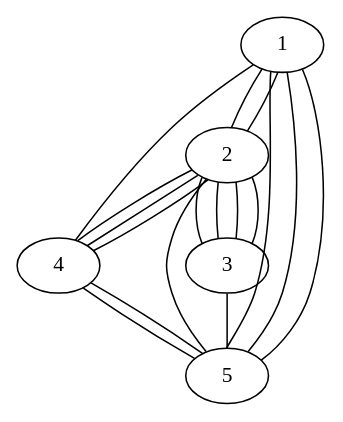
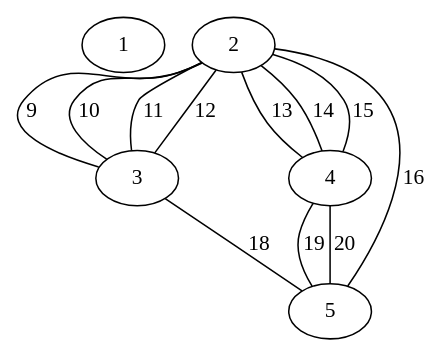
One commit to cawasret13/flita changed the diagram in dz2/res.gv. Above: the diagram before and after it, drawn with Graphviz. The commit also changed 6 other files, not shown here.

```diff
--- a/dz2/res.gv
+++ b/dz2/res.gv
@@ -1,22 +1,27 @@
 graph grath {
-1;
-1 -- 2;
-1 -- 2;
-1 -- 4;
-1 -- 5;
-1 -- 5;
-1 -- 5;
-2;
-2 -- 3;
-2 -- 3;
-2 -- 3;
-2 -- 3;
-2 -- 4;
-2 -- 4;
-2 -- 4;
-2 -- 5;
-3;
-3 -- 5;
-4 -- 5;
-4 -- 5;
+1
+2
+3
+4
+5
+
+2
+2
+4
+5
+5
+5
+2
+2 -- 3 [label = 9]
+2 -- 3 [label = 10]
+2 -- 3 [label = 11]
+2 -- 3 [label = 12]
+2 -- 4 [label = 13]
+2 -- 4 [label = 14]
+2 -- 4 [label = 15]
+2 -- 5 [label = 16]
+3
+3 -- 5 [label = 18]
+4 -- 5 [label = 19]
+4 -- 5 [label = 20]
 }
```
